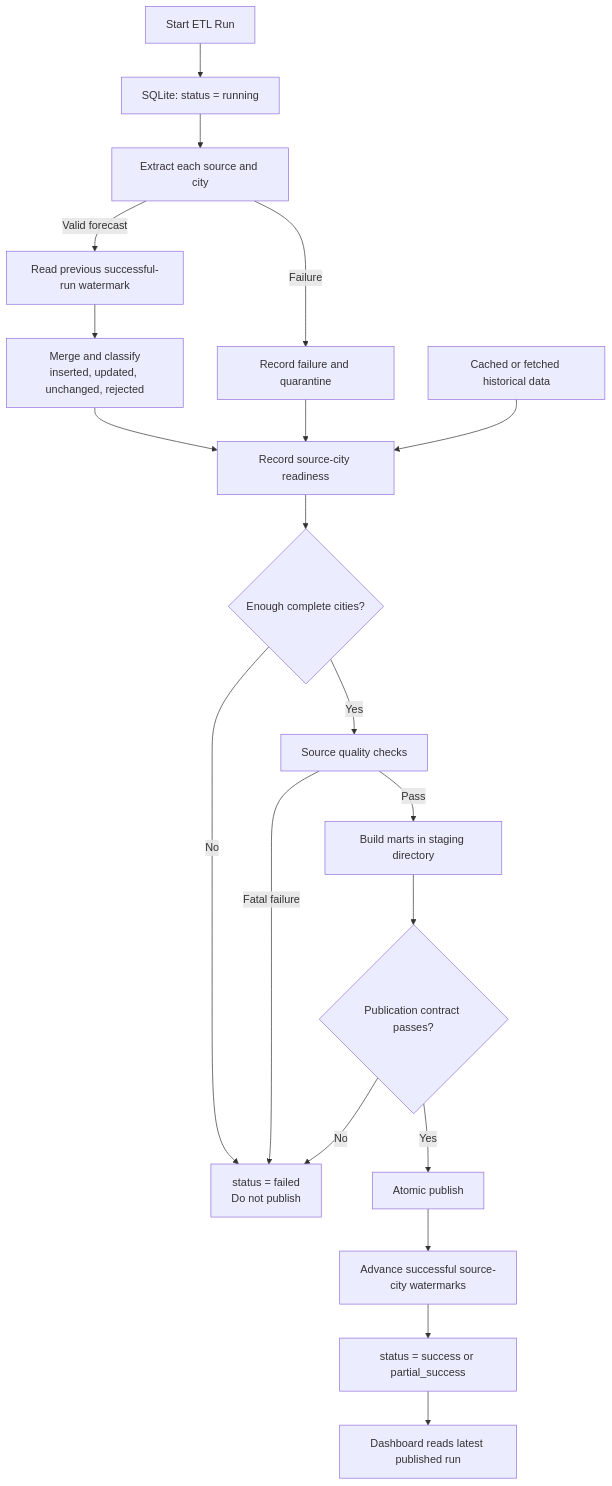
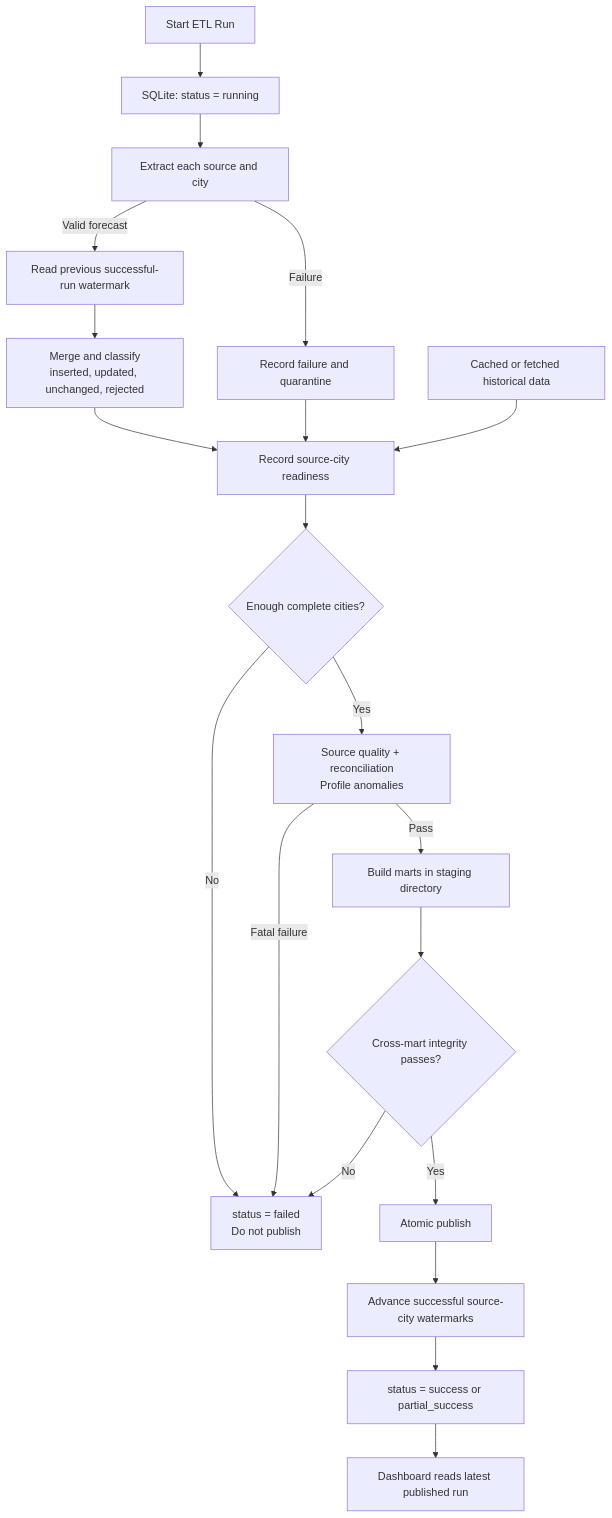
The third of 3 diagrams in docs/architecture.md (yasho6o4l999/CareSignalIndia), drawn with Mermaid before and after one commit. The commit also changed 19 other files, not shown here.

Commit message:
feat: govern staging and cross-mart quality

````diff
--- a/docs/architecture.md
+++ b/docs/architecture.md
@@ -90,25 +90,25 @@
 ```mermaid
 flowchart TD
     Start["Start ETL Run"] --> Running["SQLite: status = running"]
     Running --> Extract["Extract each source and city"]
 
     Extract -->|Valid forecast| Watermark["Read previous successful-run watermark"]
     Watermark --> Merge["Merge and classify<br/>inserted, updated, unchanged, rejected"]
     Merge --> Readiness["Record source-city readiness"]
 
     Extract -->|Failure| Quarantine["Record failure and quarantine"]
     Quarantine --> Readiness
     History["Cached or fetched historical data"] --> Readiness
 
     Readiness --> Decision{"Enough complete cities?"}
     Decision -->|No| Failed["status = failed<br/>Do not publish"]
-    Decision -->|Yes| Quality["Source quality checks"]
+    Decision -->|Yes| Quality["Source quality + reconciliation<br/>Profile anomalies"]
     Quality -->|Fatal failure| Failed
     Quality -->|Pass| Build["Build marts in staging directory"]
-    Build --> Contract{"Publication contract passes?"}
+    Build --> Contract{"Cross-mart integrity passes?"}
     Contract -->|No| Failed
     Contract -->|Yes| Publish["Atomic publish"]
     Publish --> Watermarks["Advance successful source-city watermarks"]
     Watermarks --> Complete["status = success or partial_success"]
     Complete --> Latest["Dashboard reads latest published run"]
 ```
````
